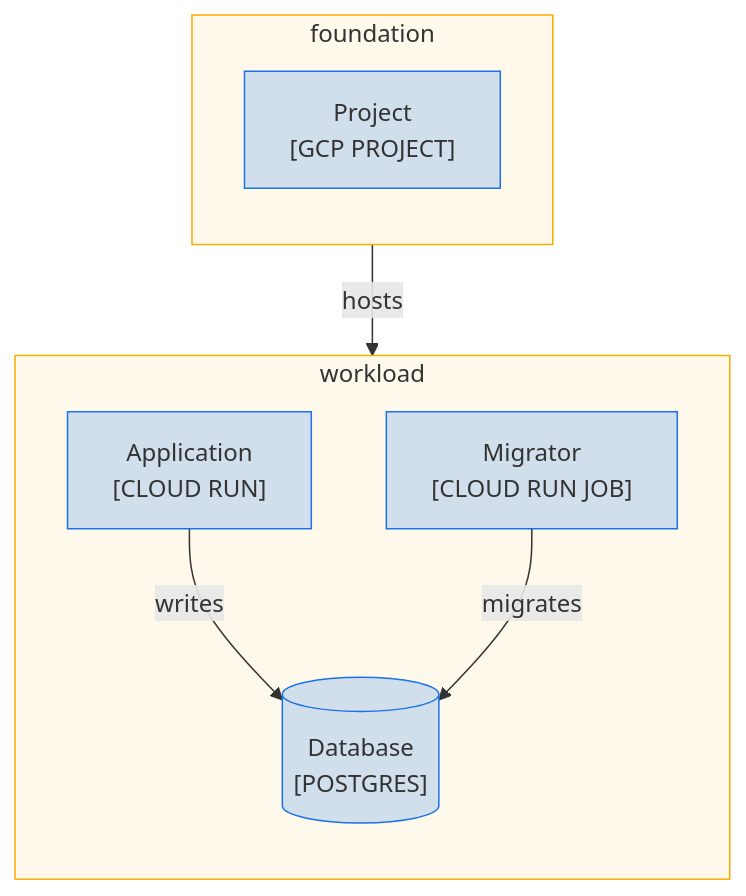
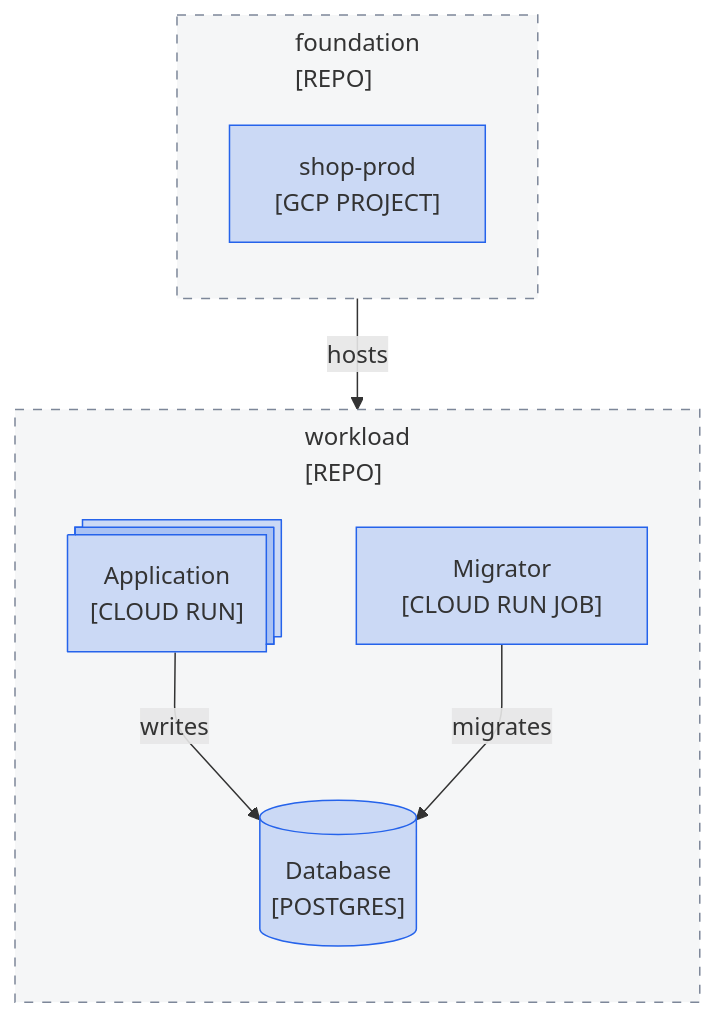
Before and after one commit to choonchernlim/skills: the diagram in skills/docsmith/scripts/fixtures/good/docs/infrastructure.md, drawn with Mermaid. The commit also changed other lines of this file and 127 other files, not shown here.

````diff
--- a/skills/docsmith/scripts/fixtures/good/docs/infrastructure.md
+++ b/skills/docsmith/scripts/fixtures/good/docs/infrastructure.md
@@ -12,21 +12,22 @@
 ```mermaid
 graph TD
-  subgraph Foundation["foundation"]
+  %%{init: {"themeCSS": ".cluster-label, .cluster-label div, .cluster-label span, .cluster-label p { text-align: center !important; }", "flowchart": {"curve": "rounded", "subGraphTitleMargin": {"top": 6, "bottom": 30}}}}%%
+  subgraph Foundation["foundation<br/>[REPO]"]
     direction TB
-    Project["Project<br/>[GCP PROJECT]"]
+    Project["shop-prod<br/>[GCP PROJECT]"]
   end
-  subgraph Workload["workload"]
+  subgraph Workload["workload<br/>[REPO]"]
     direction TB
-    App["Application<br/>[CLOUD RUN]"]
+    App@{ shape: st-rect, label: "Application<br/>[CLOUD RUN]" }
     Job["Migrator<br/>[CLOUD RUN JOB]"]
     Store[("Database<br/>[POSTGRES]")]
   end
   Project -->|"hosts"| App
   App -->|"writes"| Store
   Job -->|"migrates"| Store
 
   class Project,App,Job,Store own
   class Foundation,Workload boundary
-  classDef own fill:#1a73e833,stroke:#1a73e8
-  classDef boundary fill:#f9ab0014,stroke:#f9ab00
+  classDef own fill:#2563eb33,stroke:#2563eb
+  classDef boundary fill:#7d879914,stroke:#7d8799,stroke-dasharray:6
 ```
````
